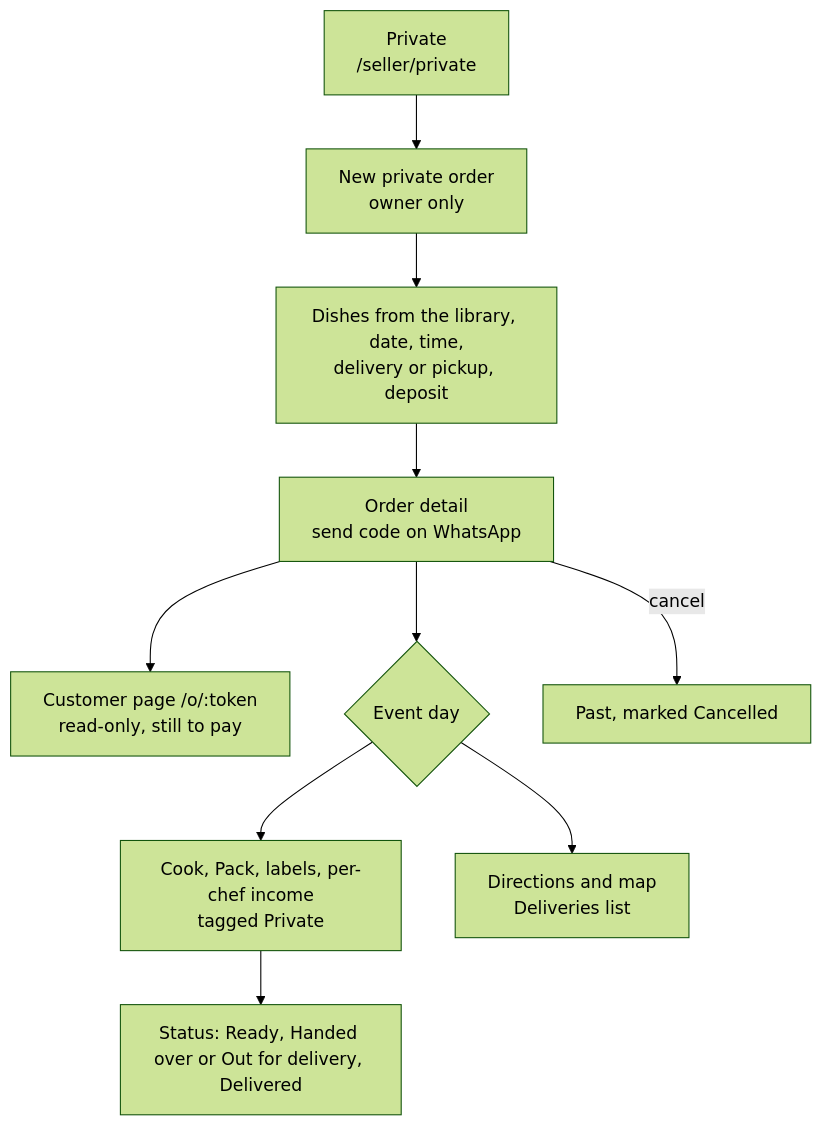
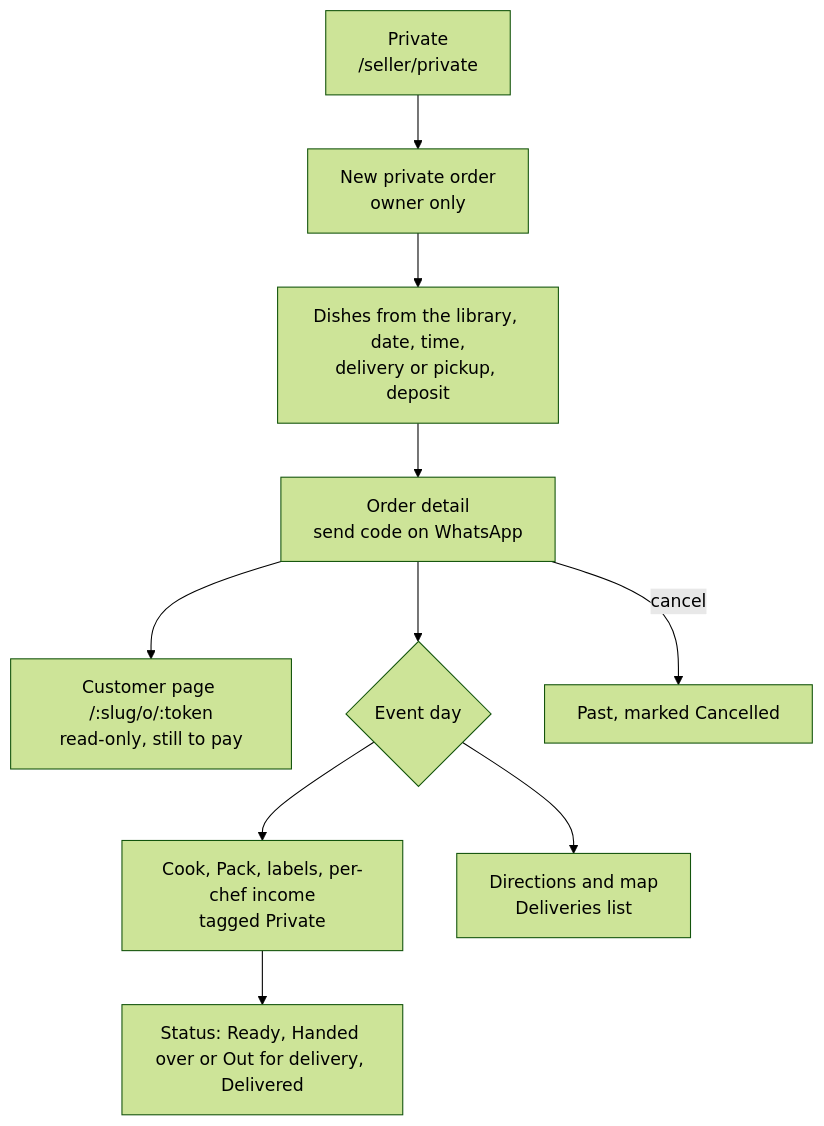
Before and after one commit to Andra-Parwita/OrderingApp: the fourth of 5 diagrams in docs/product/flows.md, drawn with Mermaid (forest theme). The commit also changed other lines of this file and 117 other files, not shown here.

````diff
--- a/docs/product/flows.md
+++ b/docs/product/flows.md
@@ -82,12 +86,12 @@
 ```mermaid
 flowchart TD
     A["Private<br/>/seller/private"] --> B["New private order<br/>owner only"]
     B --> C["Dishes from the library, date, time,<br/>delivery or pickup, deposit"]
     C --> D["Order detail<br/>send code on WhatsApp"]
-    D --> E["Customer page /o/:token<br/>read-only, still to pay"]
+    D --> E["Customer page /:slug/o/:token<br/>read-only, still to pay"]
     D --> F{"Event day"}
     F --> G["Cook, Pack, labels, per-chef income<br/>tagged Private"]
     F --> H["Directions and map<br/>Deliveries list"]
     G --> I["Status: Ready, Handed over or Out for delivery, Delivered"]
     D -- "cancel" --> J["Past, marked Cancelled"]
 ```
````
